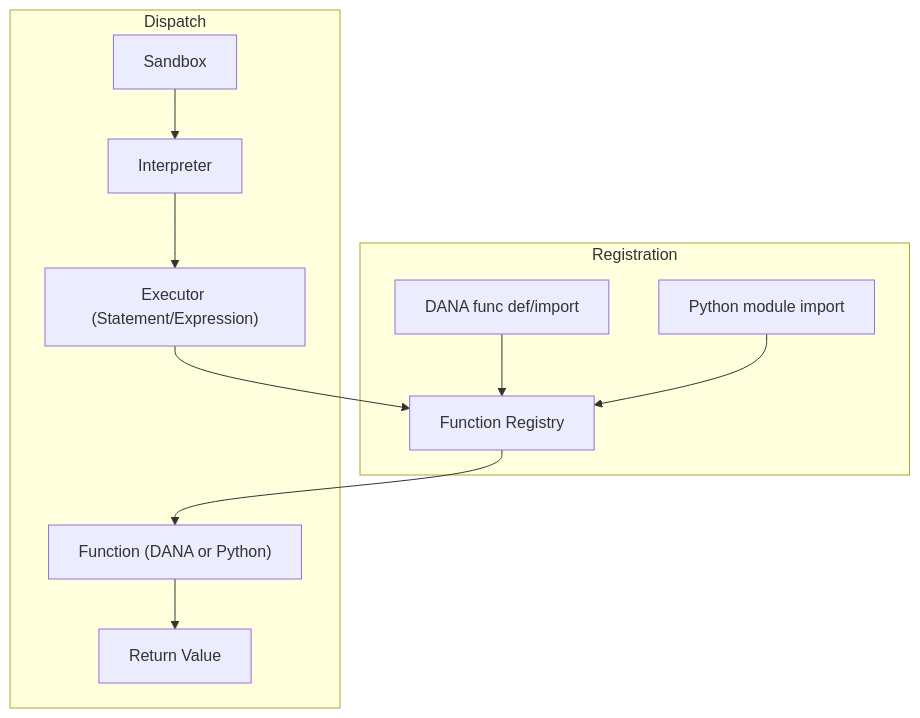
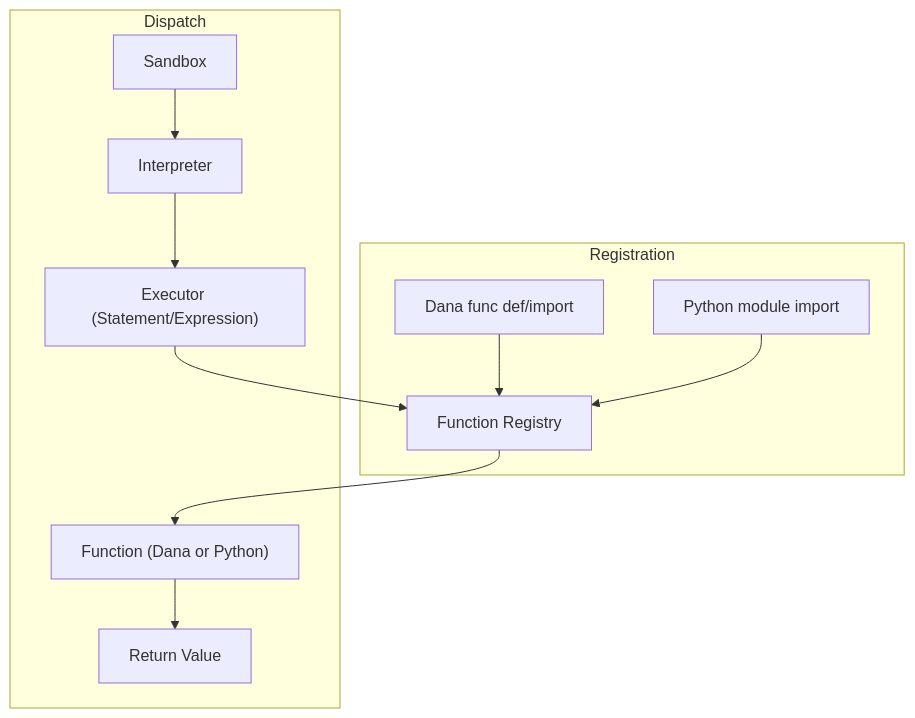
Before and after one commit to aitomatic/dana: the diagram in docs/ai-readme/functions.md, drawn with Mermaid. The commit also changed other lines of this file and 54 other files, not shown here.

````diff
--- a/docs/ai-readme/functions.md
+++ b/docs/ai-readme/functions.md
@@ -53,14 +53,14 @@
 ```mermaid
 graph TD
     subgraph Registration
-        DANA_Def["DANA func def/import"] --> REG[Function Registry]
+        Dana_Def["Dana func def/import"] --> REG[Function Registry]
         Py_Import["Python module import"] --> REG
     end
     subgraph Dispatch
         SB["Sandbox"] --> INT["Interpreter"]
         INT --> EXEC["Executor (Statement/Expression)"]
         EXEC --> REG
-        REG --> FN["Function (DANA or Python)"]
+        REG --> FN["Function (Dana or Python)"]
         FN --> OUT["Return Value"]
     end
 ```
````
